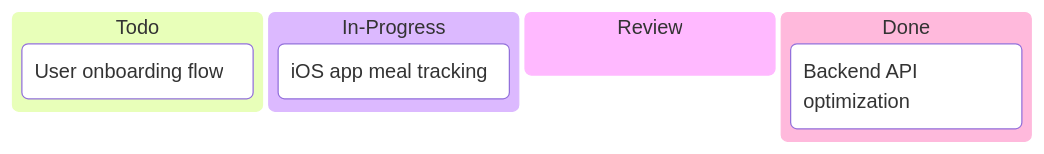
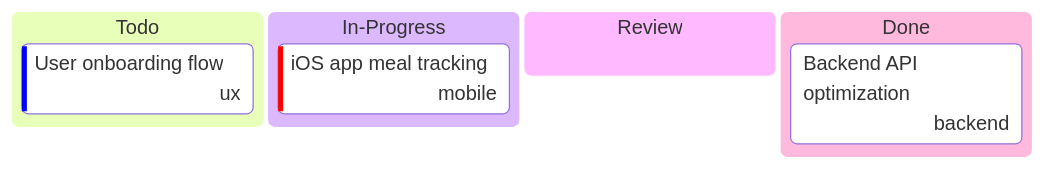
Before and after one commit to Katty-Fashion/kf-cpto: the diagram in docs/_projects/waist-mgmt.md, drawn with Mermaid. The commit also changed other lines of this file and 12 other files, not shown here.

````diff
--- a/docs/_projects/waist-mgmt.md
+++ b/docs/_projects/waist-mgmt.md
@@ -28,10 +33,10 @@
 ```mermaid
 kanban
   Todo
-    t3[User onboarding flow]
+    t3[User onboarding flow]@{ priority: 'Low', assigned: 'ux' }
   In-Progress
-    t1[iOS app meal tracking]
+    t1[iOS app meal tracking]@{ priority: 'Very High', assigned: 'mobile' }
   Review
   Done
-    t2[Backend API optimization]
+    t2[Backend API optimization]@{ assigned: 'backend' }
 ```
````
